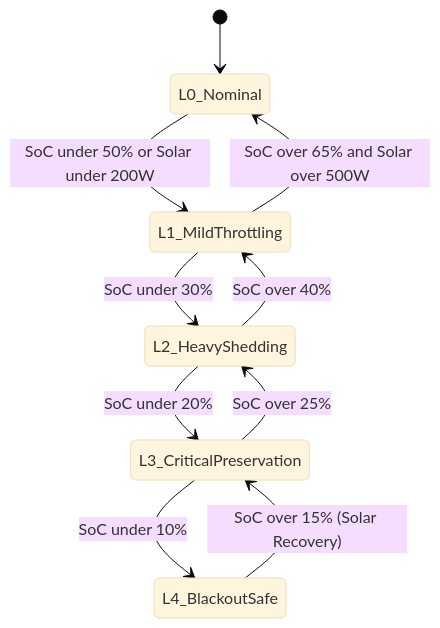
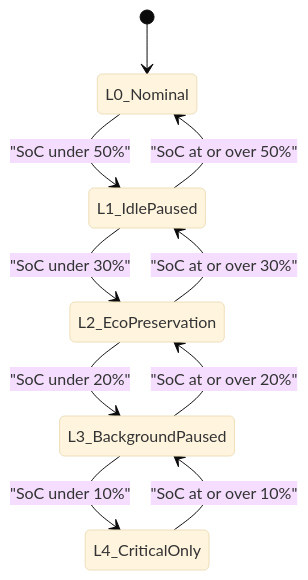
One commit to iliachry/sovereign-mini-datacenter changed the third of 6 diagrams in ARCHITECTURE.md. Above: the diagram before and after it, drawn with Mermaid (base theme). The commit also changed other lines of this file and 57 other files, not shown here.

````diff
--- a/ARCHITECTURE.md
+++ b/ARCHITECTURE.md
@@ -188,16 +190,16 @@
 ```mermaid
 stateDiagram-v2
     [*] --> L0_Nominal
-    
-    L0_Nominal --> L1_MildThrottling : SoC under 50% or Solar under 200W
-    L1_MildThrottling --> L0_Nominal : SoC over 65% and Solar over 500W
-    
-    L1_MildThrottling --> L2_HeavyShedding : SoC under 30%
-    L2_HeavyShedding --> L1_MildThrottling : SoC over 40%
-    
-    L2_HeavyShedding --> L3_CriticalPreservation : SoC under 20%
-    L3_CriticalPreservation --> L2_HeavyShedding : SoC over 25%
-    
-    L3_CriticalPreservation --> L4_BlackoutSafe : SoC under 10%
-    L4_BlackoutSafe --> L3_CriticalPreservation : SoC over 15% (Solar Recovery)
+
+    L0_Nominal --> L1_IdlePaused : "SoC under 50%"
+    L1_IdlePaused --> L0_Nominal : "SoC at or over 50%"
+
+    L1_IdlePaused --> L2_EcoPreservation : "SoC under 30%"
+    L2_EcoPreservation --> L1_IdlePaused : "SoC at or over 30%"
+
+    L2_EcoPreservation --> L3_BackgroundPaused : "SoC under 20%"
+    L3_BackgroundPaused --> L2_EcoPreservation : "SoC at or over 20%"
+
+    L3_BackgroundPaused --> L4_CriticalOnly : "SoC under 10%"
+    L4_CriticalOnly --> L3_BackgroundPaused : "SoC at or over 10%"
 ```
````
